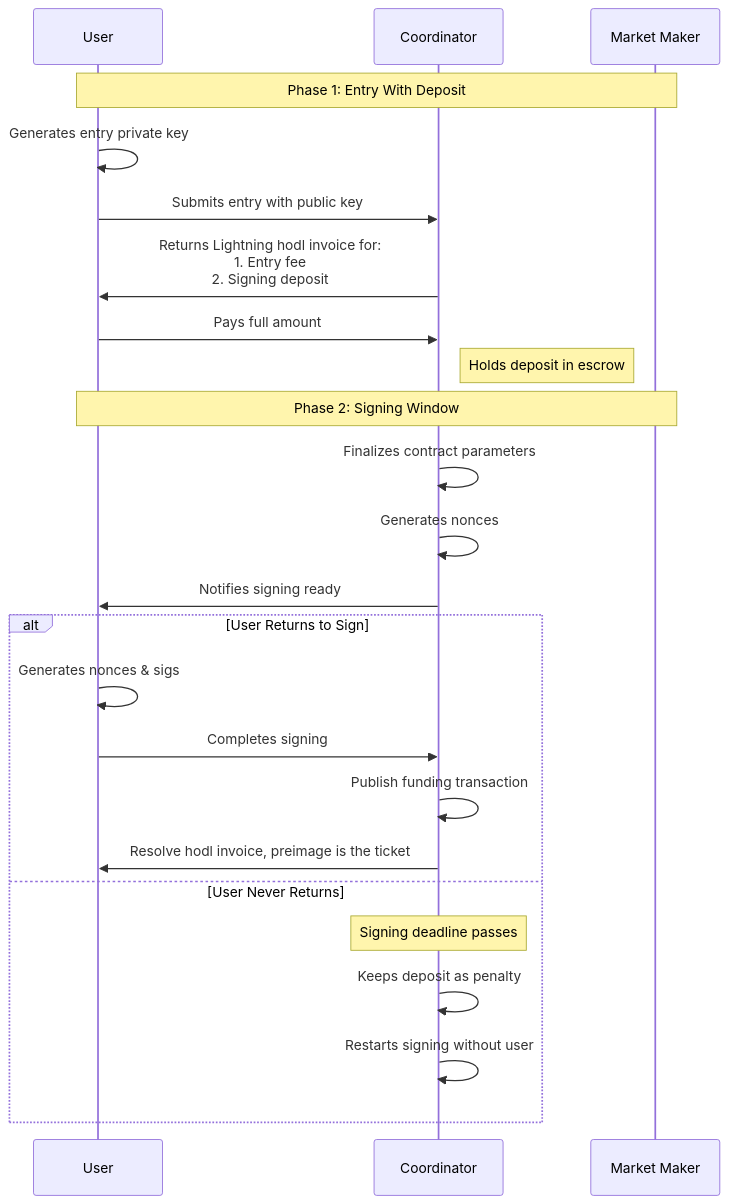
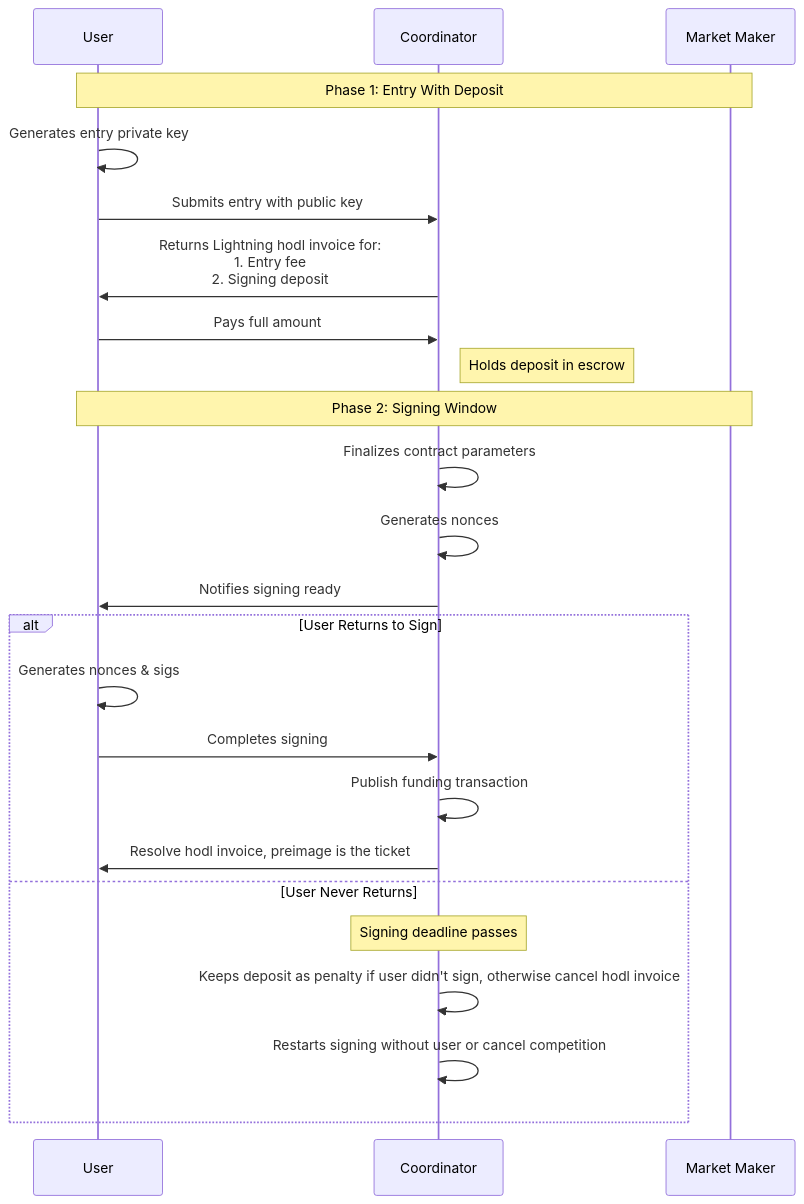
Before and after one commit to 5day4cast/coordinator: the diagram in README.md, drawn with Mermaid. The commit also changed other lines of this file and 15 other files, not shown here.

````diff
--- a/README.md
+++ b/README.md
@@ -30,29 +30,29 @@
 ```mermaid
 sequenceDiagram
     participant U as User
     participant C as Coordinator
     participant MM as Market Maker
     
     Note over U,MM: Phase 1: Entry With Deposit
     U->>U: Generates entry private key
     U->>C: Submits entry with public key
     C->>U: Returns Lightning hodl invoice for:<br/>1. Entry fee<br/>2. Signing deposit
     U->>C: Pays full amount
     Note right of C: Holds deposit in escrow
     
     Note over U,MM: Phase 2: Signing Window
     C->>C: Finalizes contract parameters
     C->>C: Generates nonces
     C->>U: Notifies signing ready
     
     alt User Returns to Sign
         U->>U: Generates nonces & sigs
         U->>C: Completes signing
         C->>C: Publish funding transaction
         C->>U: Resolve hodl invoice, preimage is the ticket
     else User Never Returns
         Note over C: Signing deadline passes
-        C->>C: Keeps deposit as penalty
-        C->>C: Restarts signing without user
+        C->>C: Keeps deposit as penalty if user didn't sign, otherwise cancel hodl invoice
+        C->>C: Restarts signing without user or cancel competition
     end
 ```
````
